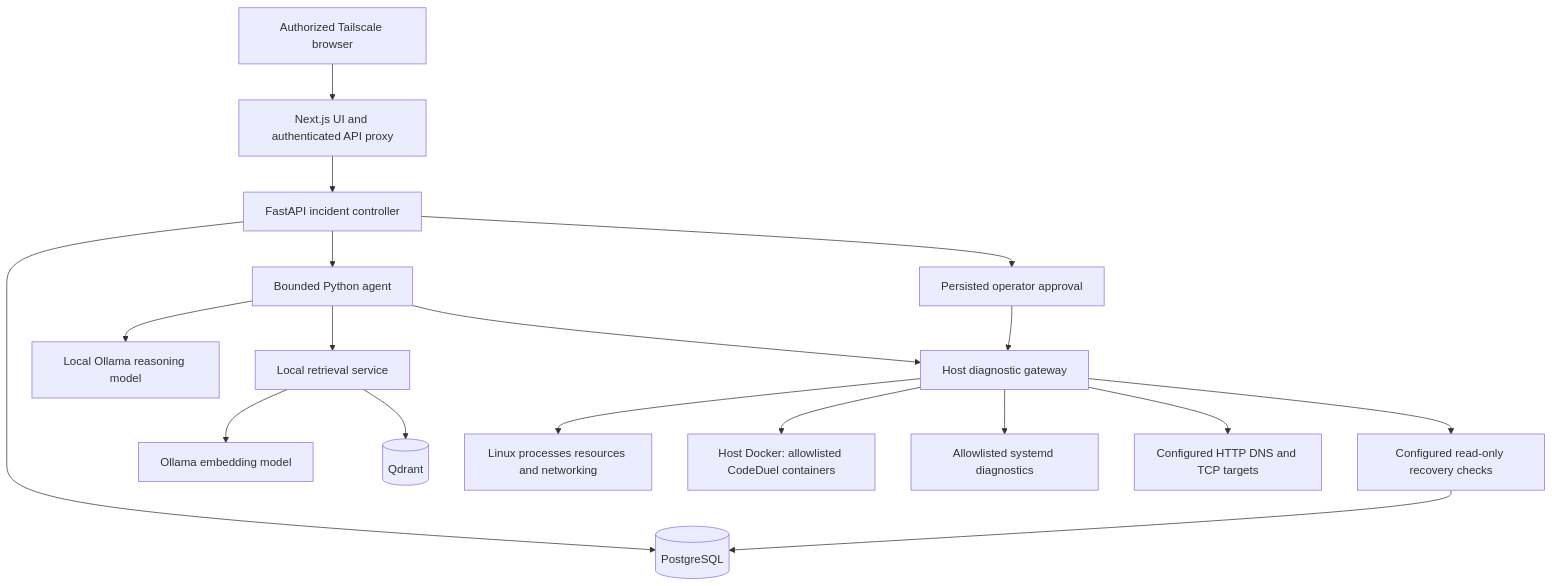
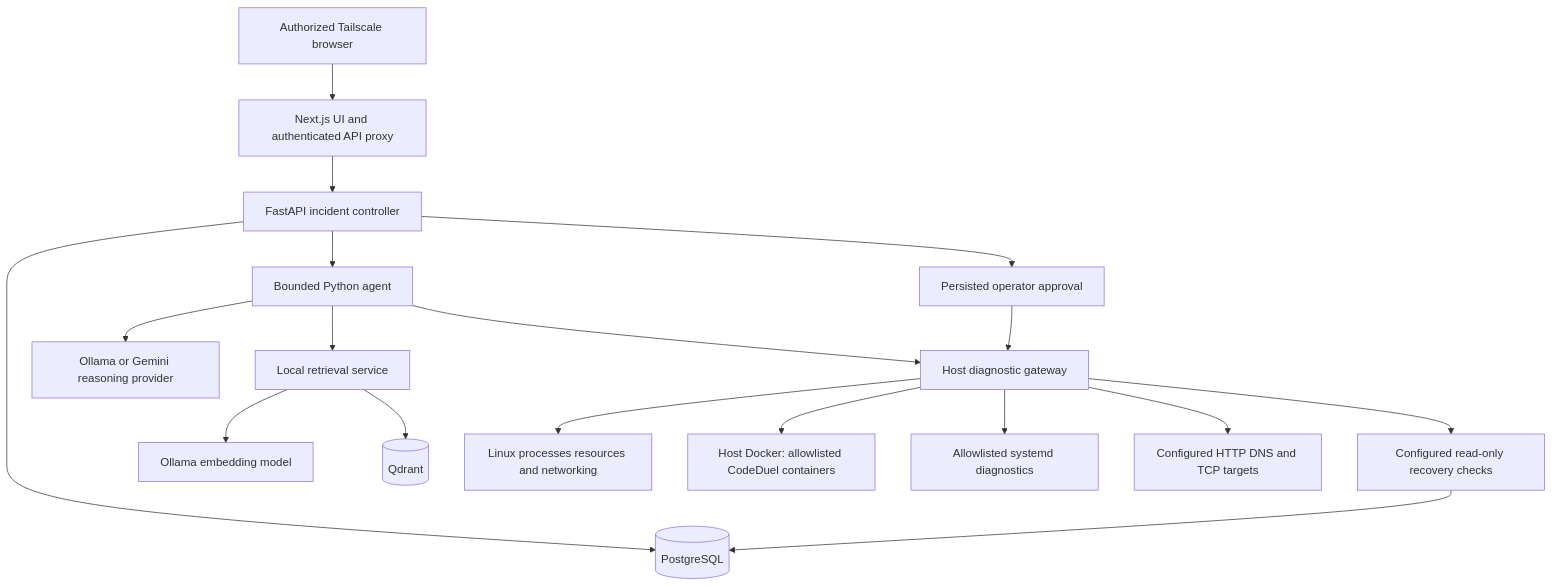
One commit to Parthmudgal15105/HomeAiAgent changed the diagram in ARCHITECTURE.md. Above: the diagram before and after it, drawn with Mermaid. The commit also changed other lines of this file and 20 other files, not shown here.

Commit message:
Add optional Gemini reasoning provider

````diff
--- a/ARCHITECTURE.md
+++ b/ARCHITECTURE.md
@@ -9,20 +9,20 @@
 ```mermaid
 flowchart TD
     Browser[Authorized Tailscale browser] --> Web[Next.js UI and authenticated API proxy]
     Web --> API[FastAPI incident controller]
     API --> PG[(PostgreSQL)]
     API --> Agent[Bounded Python agent]
-    Agent --> LLM[Local Ollama reasoning model]
+    Agent --> LLM[Ollama or Gemini reasoning provider]
     Agent --> RAG[Local retrieval service]
     RAG --> Embed[Ollama embedding model]
     RAG --> Qdrant[(Qdrant)]
     Agent --> Gateway[Host diagnostic gateway]
     Gateway --> Linux[Linux processes resources and networking]
     Gateway --> Docker[Host Docker: allowlisted CodeDuel containers]
     Gateway --> Systemd[Allowlisted systemd diagnostics]
     Gateway --> Targets[Configured HTTP DNS and TCP targets]
     API --> Approval[Persisted operator approval]
     Approval --> Gateway
     Gateway --> Verify[Configured read-only recovery checks]
     Verify --> PG
 ```
````
